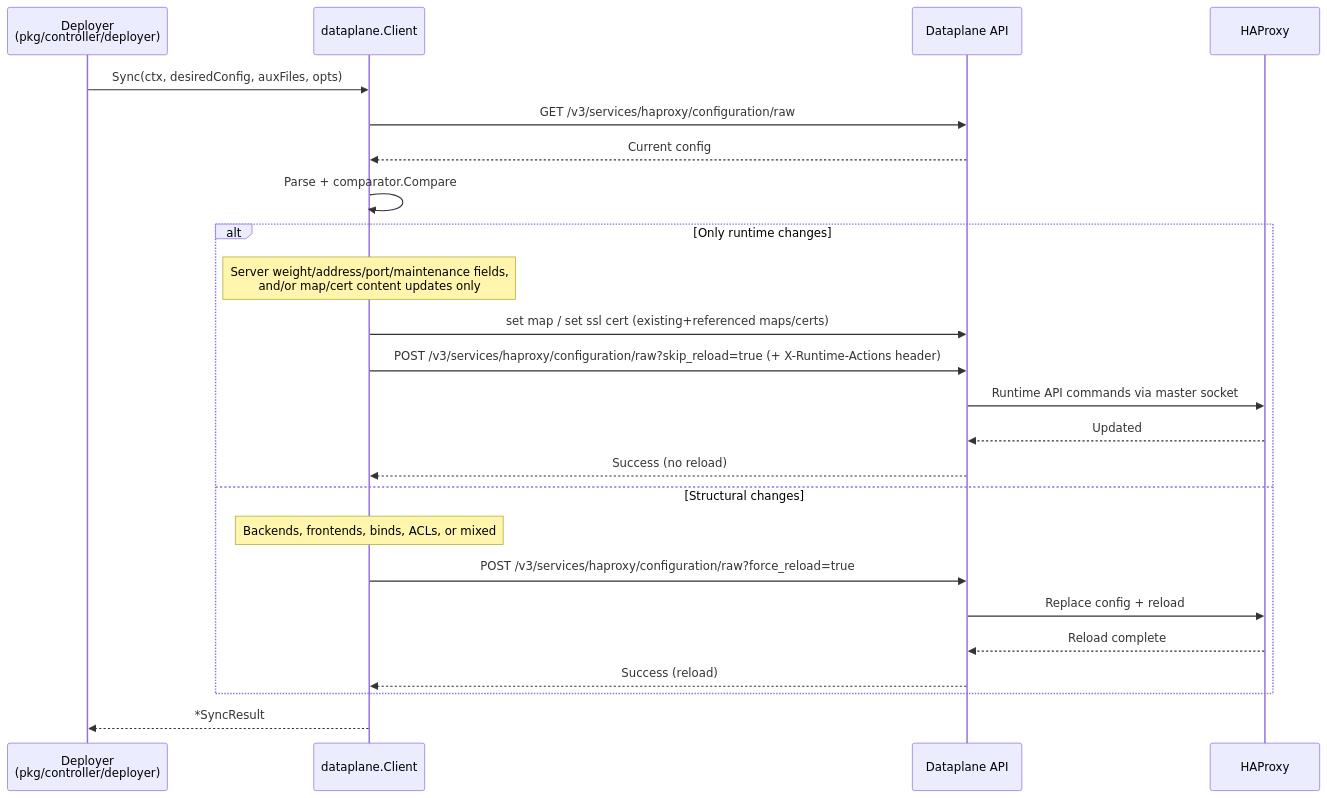
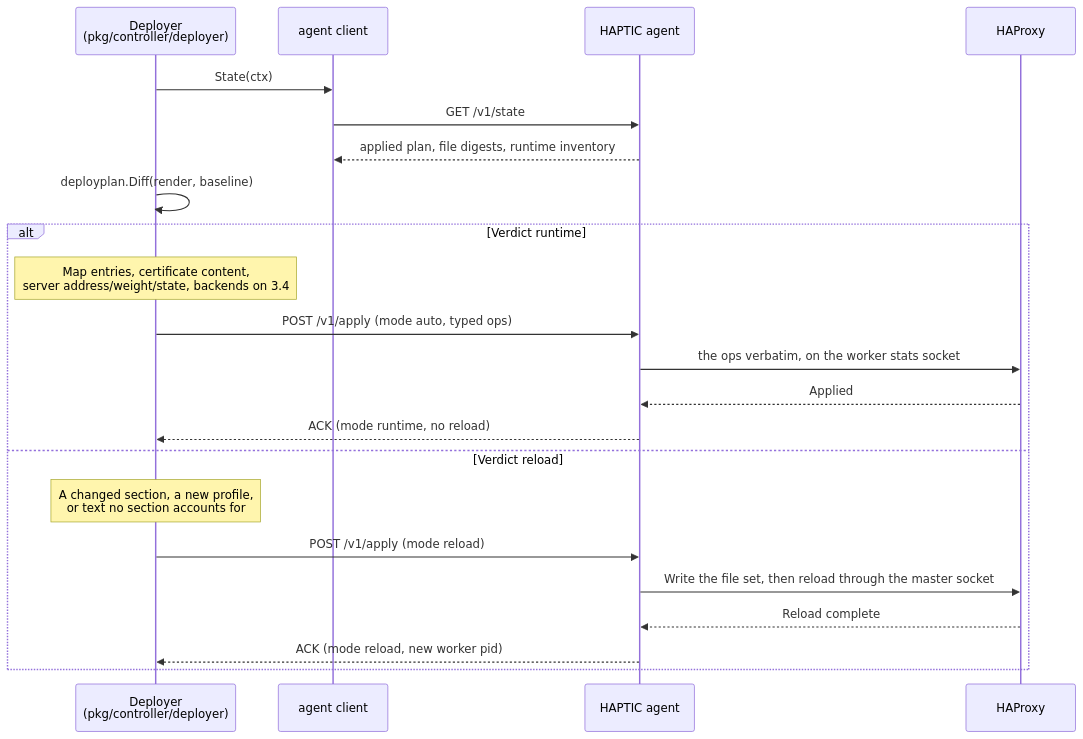
One commit to HAProxy-Template-IC/haproxy-template-ingress-controller changed the fourth of 4 diagrams in docs/site/docs/development/design/sequence-diagrams.md. Above: the diagram before and after it, drawn with Mermaid. The commit also changed other lines of this file and 285 other files, not shown here.

Commit message:
Cut the controller and the chart over to the HAPTIC agent (MR 0.3a)

````diff
--- a/docs/site/docs/development/design/sequence-diagrams.md
+++ b/docs/site/docs/development/design/sequence-diagrams.md
@@ -215,30 +215,27 @@
 ```mermaid
 sequenceDiagram
     participant Deployer as Deployer<br/>(pkg/controller/deployer)
-    participant Client as dataplane.Client
-    participant DP as Dataplane API
+    participant Client as agent client
+    participant Agent as HAPTIC agent
     participant HAProxy
 
-    Deployer->>Client: Sync(ctx, desiredConfig, auxFiles, opts)
-    Client->>DP: GET /v3/services/haproxy/configuration/raw
-    DP-->>Client: Current config
+    Deployer->>Client: State(ctx)
+    Client->>Agent: GET /v1/state
+    Agent-->>Client: applied plan, file digests, runtime inventory
 
-    Client->>Client: Parse + comparator.Compare
+    Deployer->>Deployer: deployplan.Diff(render, baseline)
 
-    alt Only runtime changes
-        Note over Client: Server weight/address/port/maintenance fields,<br/>and/or map/cert content updates only
-        Client->>DP: set map / set ssl cert (existing+referenced maps/certs)
-        Client->>DP: POST /v3/services/haproxy/configuration/raw?skip_reload=true (+ X-Runtime-Actions header)
-        DP->>HAProxy: Runtime API commands via master socket
-        HAProxy-->>DP: Updated
-        DP-->>Client: Success (no reload)
-    else Structural changes
-        Note over Client: Backends, frontends, binds, ACLs, or mixed
-        Client->>DP: POST /v3/services/haproxy/configuration/raw?force_reload=true
-        DP->>HAProxy: Replace config + reload
-        HAProxy-->>DP: Reload complete
-        DP-->>Client: Success (reload)
+    alt Verdict runtime
+        Note over Deployer: Map entries, certificate content,<br/>server address/weight/state, backends on 3.4
+        Deployer->>Agent: POST /v1/apply (mode auto, typed ops)
+        Agent->>HAProxy: the ops verbatim, on the worker stats socket
+        HAProxy-->>Agent: Applied
+        Agent-->>Deployer: ACK (mode runtime, no reload)
+    else Verdict reload
+        Note over Deployer: A changed section, a new profile,<br/>or text no section accounts for
+        Deployer->>Agent: POST /v1/apply (mode reload)
+        Agent->>HAProxy: Write the file set, then reload through the master socket
+        HAProxy-->>Agent: Reload complete
+        Agent-->>Deployer: ACK (mode reload, new worker pid)
     end
-
-    Client-->>Deployer: *SyncResult
 ```
````
